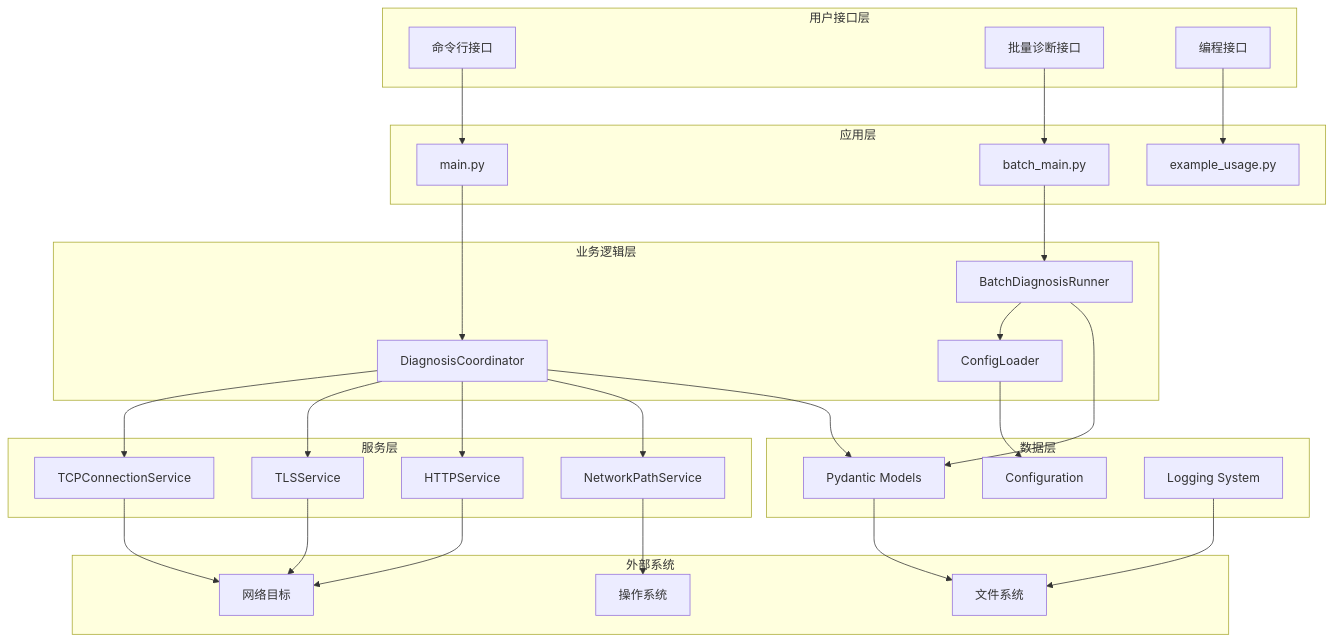
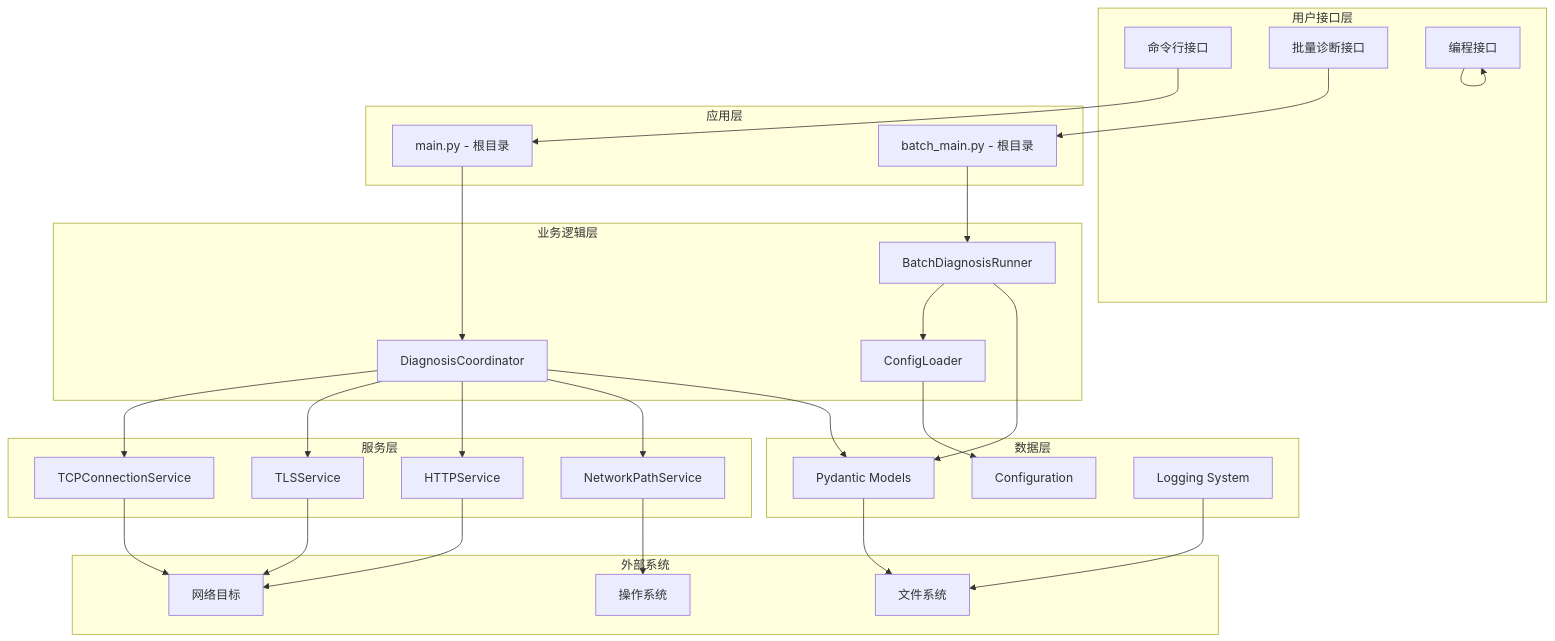
One commit to Matthewyin/probing changed the first of 12 diagrams in network-diagnosis/doc/ARCHITECTURE.md. Above: the diagram before and after it, drawn with Mermaid. The commit also changed other lines of this file and 12 other files, not shown here.

````diff
--- a/network-diagnosis/doc/ARCHITECTURE.md
+++ b/network-diagnosis/doc/ARCHITECTURE.md
@@ -7,64 +7,64 @@
 ```mermaid
 graph TB
     subgraph "用户接口层"
         CLI[命令行接口]
         BatchCLI[批量诊断接口]
         API[编程接口]
     end
     
     subgraph "应用层"
-        Main[main.py]
-        BatchMain[batch_main.py]
-        Example[example_usage.py]
+        Main[main.py - 根目录]
+        BatchMain[batch_main.py - 根目录]
+        API[编程接口]
     end
     
     subgraph "业务逻辑层"
         Coordinator[DiagnosisCoordinator]
         BatchRunner[BatchDiagnosisRunner]
         ConfigLoader[ConfigLoader]
     end
     
     subgraph "服务层"
         TCPService[TCPConnectionService]
         TLSService[TLSService]
         HTTPService[HTTPService]
         PathService[NetworkPathService]
     end
     
     subgraph "数据层"
         Models[Pydantic Models]
         Config[Configuration]
         Logger[Logging System]
     end
     
     subgraph "外部系统"
         Network[网络目标]
         FileSystem[文件系统]
         OS[操作系统]
     end
     
     CLI --> Main
     BatchCLI --> BatchMain
-    API --> Example
+    API --> API
     
     Main --> Coordinator
     BatchMain --> BatchRunner
     BatchRunner --> ConfigLoader
     
     Coordinator --> TCPService
     Coordinator --> TLSService
     Coordinator --> HTTPService
     Coordinator --> PathService
     
     TCPService --> Network
     TLSService --> Network
     HTTPService --> Network
     PathService --> OS
     
     ConfigLoader --> Config
     BatchRunner --> Models
     Coordinator --> Models
     
     Models --> FileSystem
     Logger --> FileSystem
 ```
````
